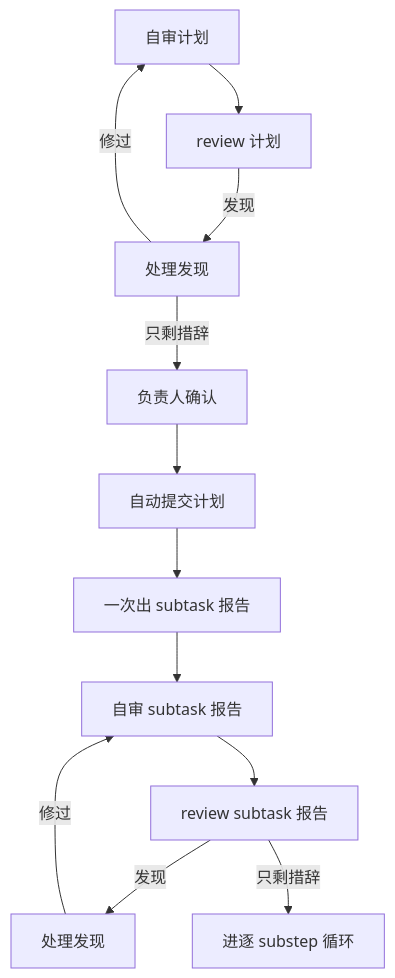
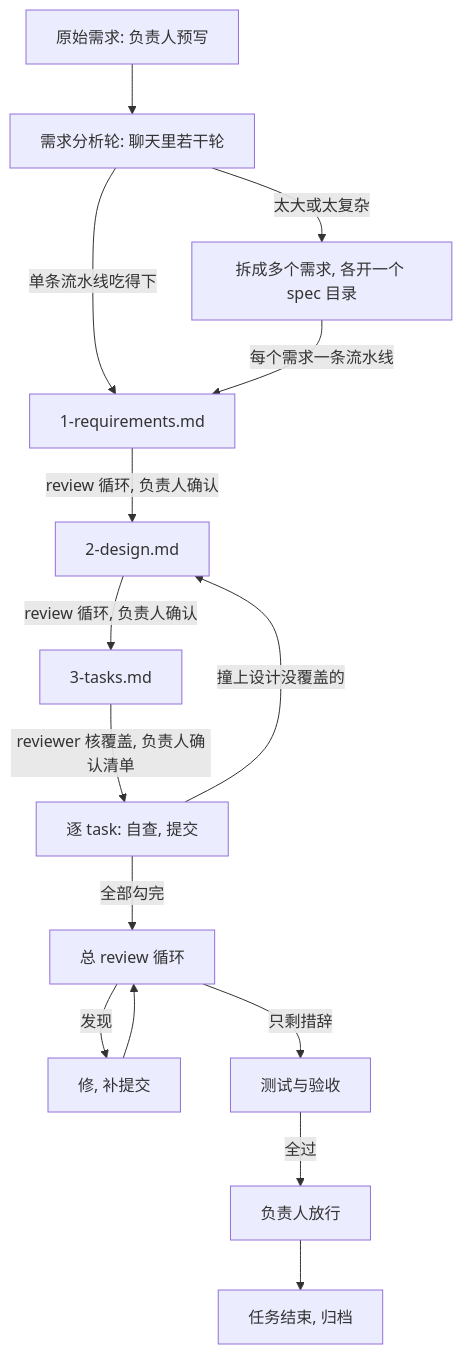
One commit to imknown/AndroidLowLevelDetector changed the first of 2 diagrams in docs/agents-cn/13-工作流.md. Above: the diagram before and after it, drawn with Mermaid. The commit also changed other lines of this file and 8 other files, not shown here.

````diff
--- a/docs/agents-cn/13-工作流.md
+++ b/docs/agents-cn/13-工作流.md
@@ -105,14 +11,17 @@
 ```mermaid
 flowchart TD
-    A[自审计划] --> B[review 计划]
-    B -->|发现| C[处理发现]
-    C -->|修过| A
-    C -->|只剩措辞| D[负责人确认]
-    D --> E[自动提交计划]
-    E --> F[一次出 subtask 报告]
-    F --> G[自审 subtask 报告]
-    G --> H[review subtask 报告]
-    H -->|发现| I[处理发现]
-    I -->|修过| G
-    H -->|只剩措辞| J[进逐 substep 循环]
+    A[原始需求: 负责人预写] --> B[需求分析轮: 聊天里若干轮]
+    B -->|太大或太复杂| C[拆成多个需求, 各开一个 spec 目录]
+    B -->|单条流水线吃得下| D[1-requirements.md]
+    C -->|每个需求一条流水线| D
+    D -->|review 循环, 负责人确认| E[2-design.md]
+    E -->|review 循环, 负责人确认| F[3-tasks.md]
+    F -->|reviewer 核覆盖, 负责人确认清单| G[逐 task: 自查, 提交]
+    G -->|撞上设计没覆盖的| E
+    G -->|全部勾完| H[总 review 循环]
+    H -->|发现| I[修, 补提交]
+    I --> H
+    H -->|只剩措辞| J[测试与验收]
+    J -->|全过| K[负责人放行]
+    K --> L[任务结束, 归档]
 ```
````
